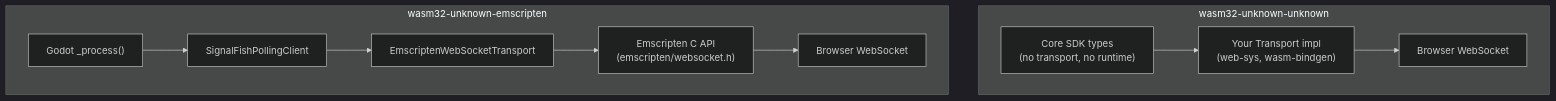
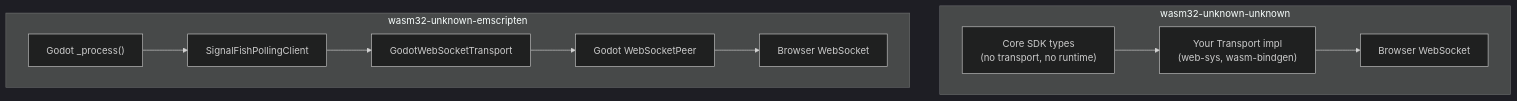
The first of 4 diagrams in docs/wasm.md (Ambiguous-Interactive/signal-fish-client-rust), drawn with Mermaid (dark theme) before and after one commit. The commit also changed other lines of this file and 35 other files, not shown here.

First line of the commit message:
Add pure-Rust Godot 4.5 WebSocket transport (#56)

````diff
--- a/docs/wasm.md
+++ b/docs/wasm.md
@@ -22,14 +22,14 @@
 ```mermaid
 graph TD
     subgraph "wasm32-unknown-unknown"
         A["Core SDK types<br/>(no transport, no runtime)"] --> B["Your Transport impl<br/>(web-sys, wasm-bindgen)"]
         B --> C["Browser WebSocket"]
     end
 
     subgraph "wasm32-unknown-emscripten"
-        D["EmscriptenWebSocketTransport"] --> E["Emscripten C API<br/>(emscripten/websocket.h)"]
+        D["GodotWebSocketTransport"] --> E["Godot WebSocketPeer"]
         E --> F["Browser WebSocket"]
         G["SignalFishPollingClient"] --> D
         H["Godot _process()"] --> G
     end
 ```
````
